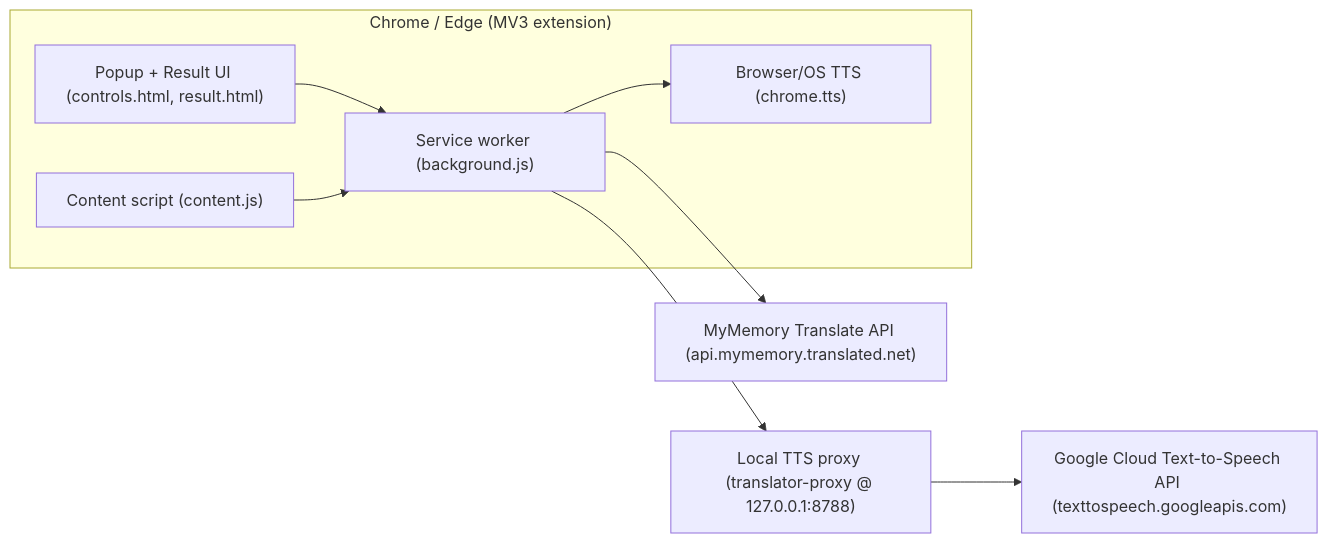
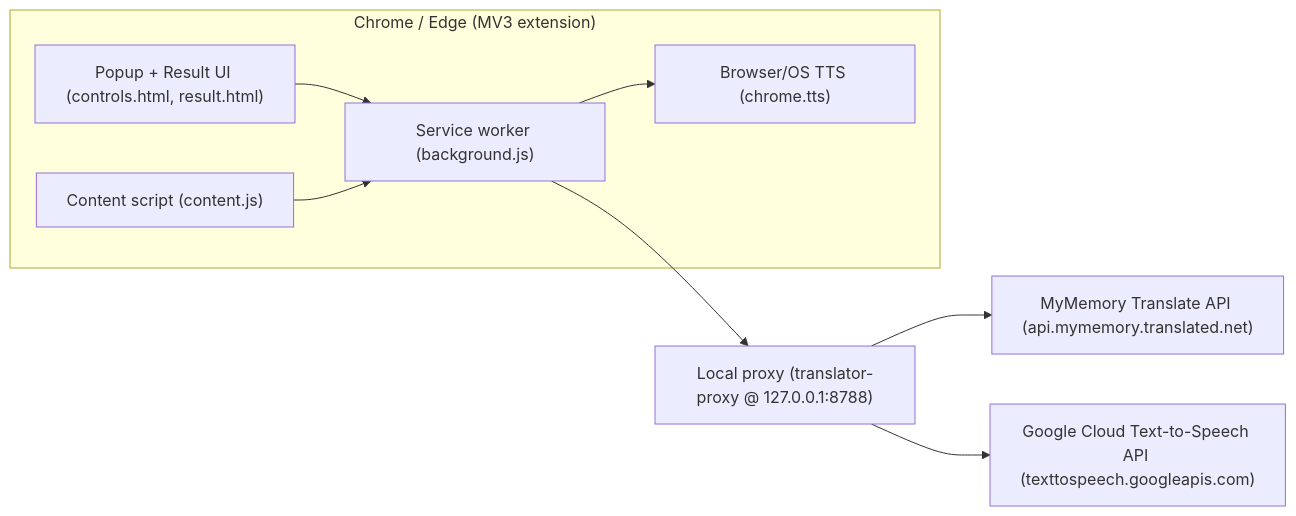
One commit to PrimusInterParess/Translator changed the diagram in README.md. Above: the diagram before and after it, drawn with Mermaid. The commit also changed other lines of this file and 9 other files, not shown here.

````diff
--- a/README.md
+++ b/README.md
@@ -19,20 +22,20 @@
 ```mermaid
 flowchart LR
   subgraph Browser["Chrome / Edge (MV3 extension)"]
     UI["Popup + Result UI (controls.html, result.html)"]
     CS["Content script (content.js)"]
     BG["Service worker (background.js)"]
     TTS["Browser/OS TTS (chrome.tts)"]
   end
 
   MyMemory["MyMemory Translate API (api.mymemory.translated.net)"]
-  Proxy["Local TTS proxy (translator-proxy @ 127.0.0.1:8788)"]
+  Proxy["Local proxy (translator-proxy @ 127.0.0.1:8788)"]
   Google["Google Cloud Text-to-Speech API (texttospeech.googleapis.com)"]
 
   UI --> BG
   CS --> BG
-  BG --> MyMemory
+  BG --> Proxy
   BG --> TTS
-  BG --> Proxy
+  Proxy --> MyMemory
   Proxy --> Google
 ```
````
